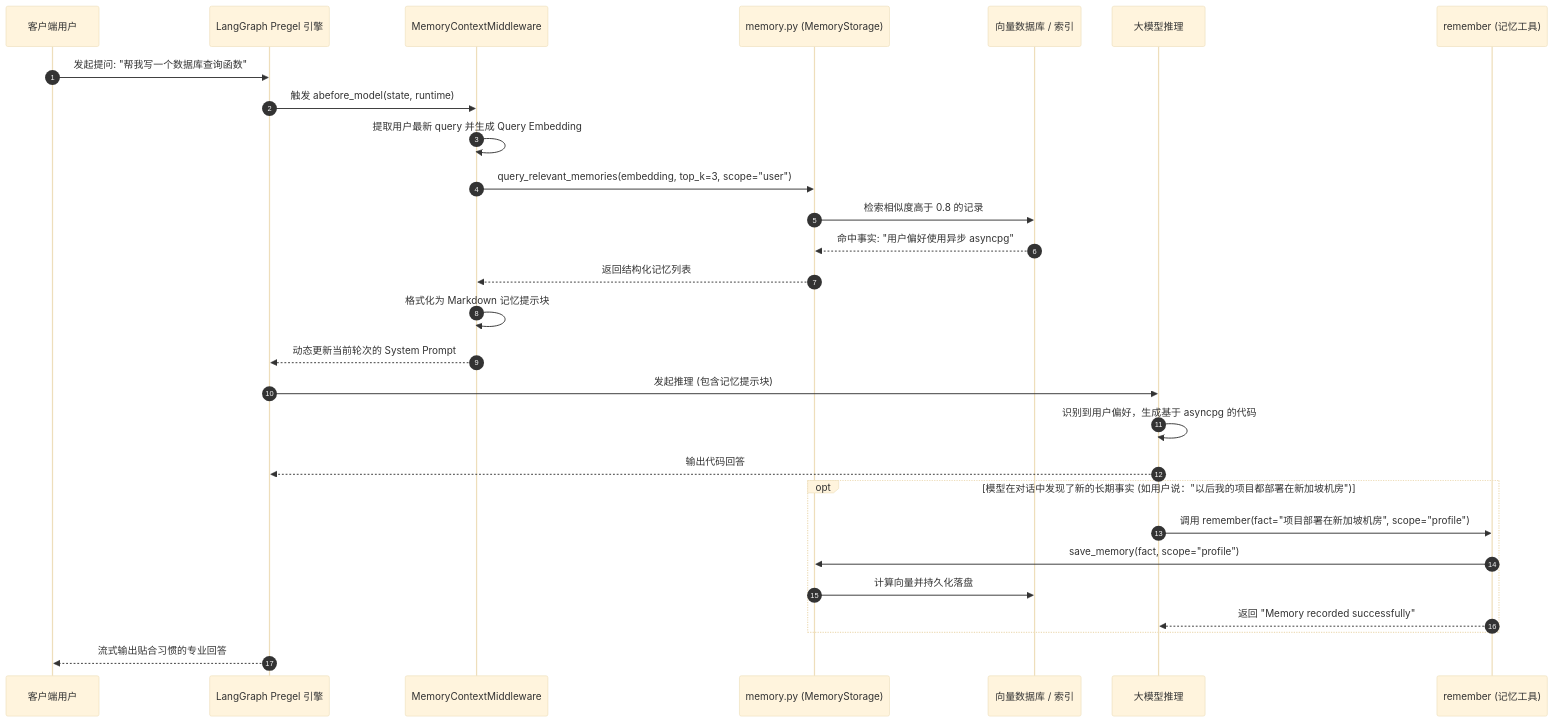
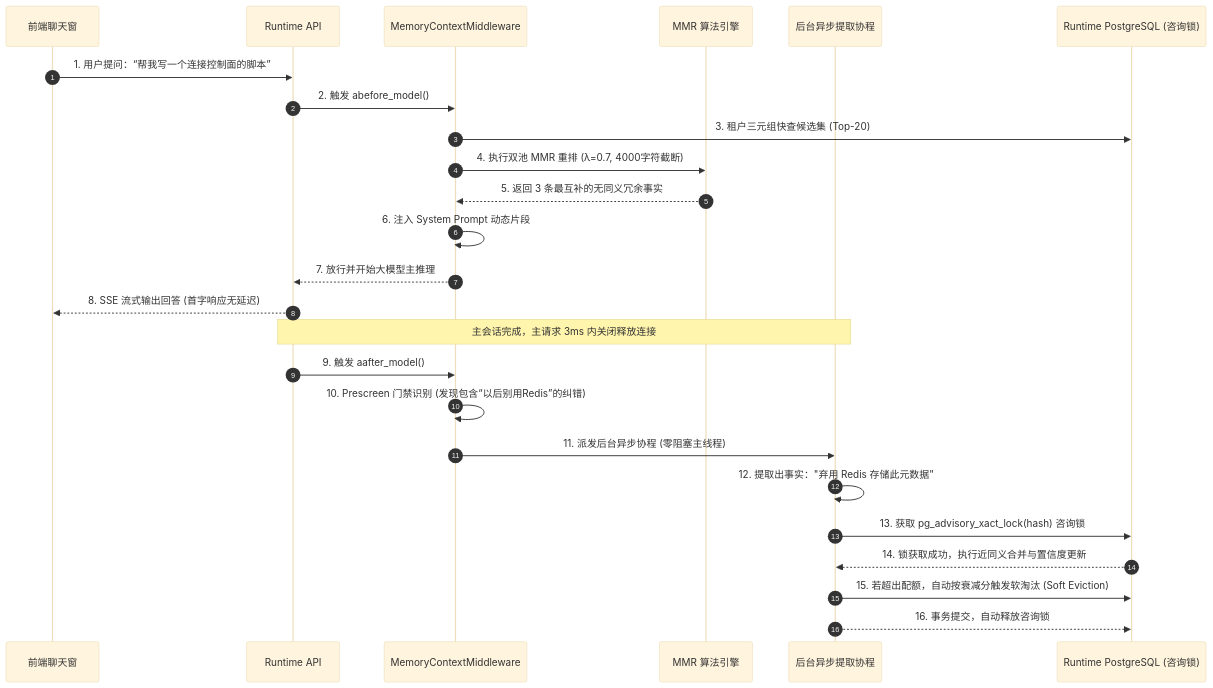
Before and after one commit to ljxpython/ai-agent-platform: the diagram in docs/architecture/07-agents/01-dearflow-agent/02-memory-engine.md, drawn with Mermaid (base theme). The commit also changed other lines of this file and 33 other files, not shown here.

First line of the commit message:
docs(architecture): 全面同步 10 月份 52 项核心能力与架构技术资产

````diff
--- a/docs/architecture/07-agents/01-dearflow-agent/02-memory-engine.md
+++ b/docs/architecture/07-agents/01-dearflow-agent/02-memory-engine.md
@@ -103,36 +101,31 @@
 ```mermaid
 sequenceDiagram
     autonumber
-    participant Client as 客户端用户
-    participant Pregel as LangGraph Pregel 引擎
-    participant MemMid as MemoryContextMiddleware
-    participant MemStore as memory.py (MemoryStorage)
-    participant VectorDB as 向量数据库 / 索引
-    participant Model as 大模型推理
-    participant Tool as remember (记忆工具)
+    participant UI as 前端聊天窗
+    participant RT as Runtime API
+    participant Mid as MemoryContextMiddleware
+    participant MMR as MMR 算法引擎
+    participant Worker as 后台异步提取协程
+    participant DB as Runtime PostgreSQL (咨询锁)
 
-    Client->>Pregel: 发起提问: "帮我写一个数据库查询函数"
-    Pregel->>MemMid: 触发 abefore_model(state, runtime)
+    %% 阶段一：前置工作记忆极速召回
+    UI->>RT: 1. 用户提问：“帮我写一个连接控制面的脚本”
+    RT->>Mid: 2. 触发 abefore_model()
+    Mid->>DB: 3. 租户三元组快查候选集 (Top-20)
+    Mid->>MMR: 4. 执行双池 MMR 重排 (λ=0.7, 4000字符截断)
+    MMR-->>Mid: 5. 返回 3 条最互补的无同义冗余事实
+    Mid->>Mid: 6. 注入 System Prompt 动态片段
+    Mid-->>RT: 7. 放行并开始大模型主推理
+    RT-->>UI: 8. SSE 流式输出回答 (首字响应无延迟)
 
-    MemMid->>MemMid: 提取用户最新 query 并生成 Query Embedding
-    MemMid->>MemStore: query_relevant_memories(embedding, top_k=3, scope="user")
-    MemStore->>VectorDB: 检索相似度高于 0.8 的记录
-    VectorDB-->>MemStore: 命中事实: "用户偏好使用异步 asyncpg"
-    MemStore-->>MemMid: 返回结构化记忆列表
-
-    MemMid->>MemMid: 格式化为 Markdown 记忆提示块
-    MemMid-->>Pregel: 动态更新当前轮次的 System Prompt
-
-    Pregel->>Model: 发起推理 (包含记忆提示块)
-    Model->>Model: 识别到用户偏好，生成基于 asyncpg 的代码
-    Model-->>Pregel: 输出代码回答
-
-    opt 模型在对话中发现了新的长期事实 (如用户说："以后我的项目都部署在新加坡机房")
-        Model->>Tool: 调用 remember(fact="项目部署在新加坡机房", scope="profile")
-        Tool->>MemStore: save_memory(fact, scope="profile")
-        MemStore->>VectorDB: 计算向量并持久化落盘
-        Tool-->>Model: 返回 "Memory recorded successfully"
-    end
-
-    Pregel-->>Client: 流式输出贴合习惯的专业回答
+    %% 阶段二：后置异步解耦提取与平滑沉淀
+    Note over RT,Worker: 主会话完成，主请求 3ms 内关闭释放连接
+    RT->>Mid: 9. 触发 aafter_model()
+    Mid->>Mid: 10. Prescreen 门禁识别 (发现包含“以后别用Redis”的纠错)
+    Mid->>Worker: 11. 派发后台异步协程 (零阻塞主线程)
+    Worker->>Worker: 12. 提取出事实："弃用 Redis 存储此元数据"
+    Worker->>DB: 13. 获取 pg_advisory_xact_lock(hash) 咨询锁
+    DB-->>Worker: 14. 锁获取成功，执行近同义合并与置信度更新
+    Worker->>DB: 15. 若超出配额，自动按衰减分触发软淘汰 (Soft Eviction)
+    Worker-->>DB: 16. 事务提交，自动释放咨询锁
 ```
````
